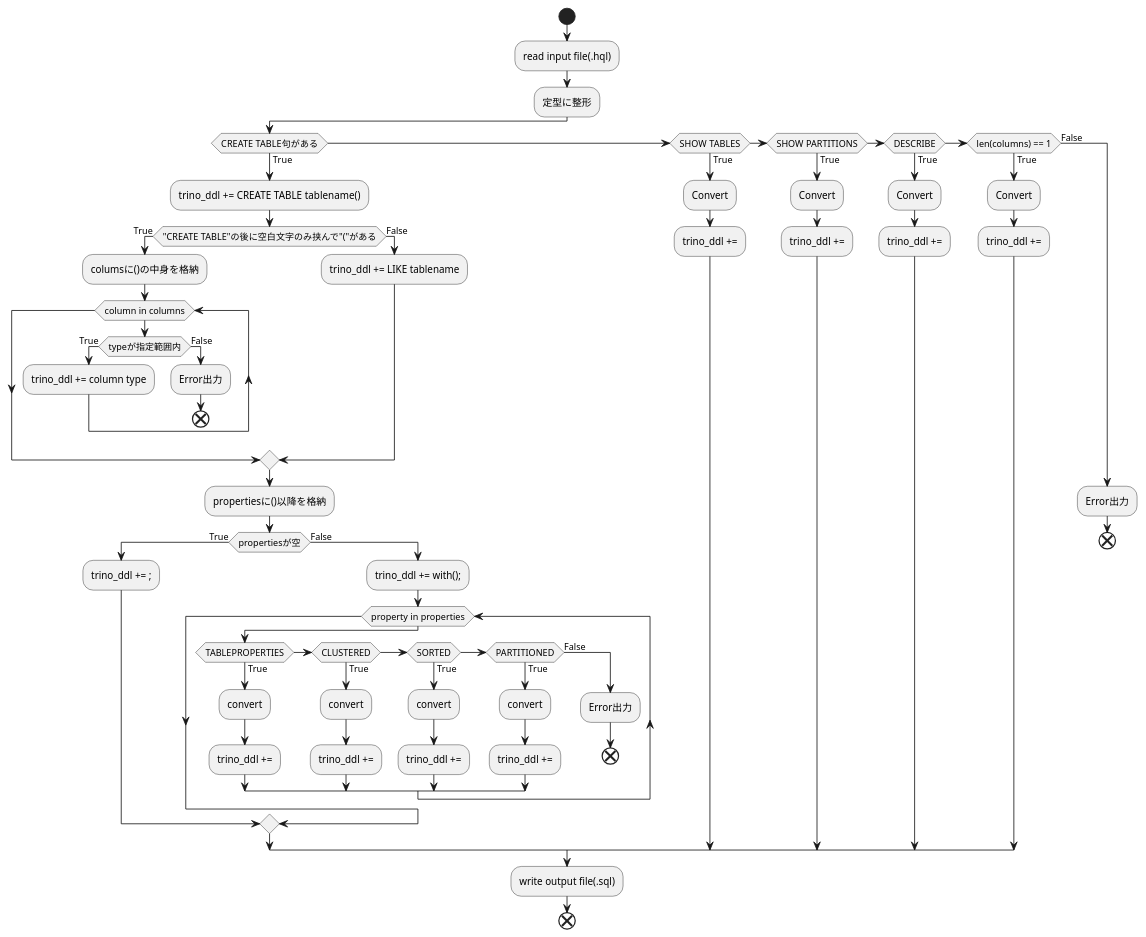
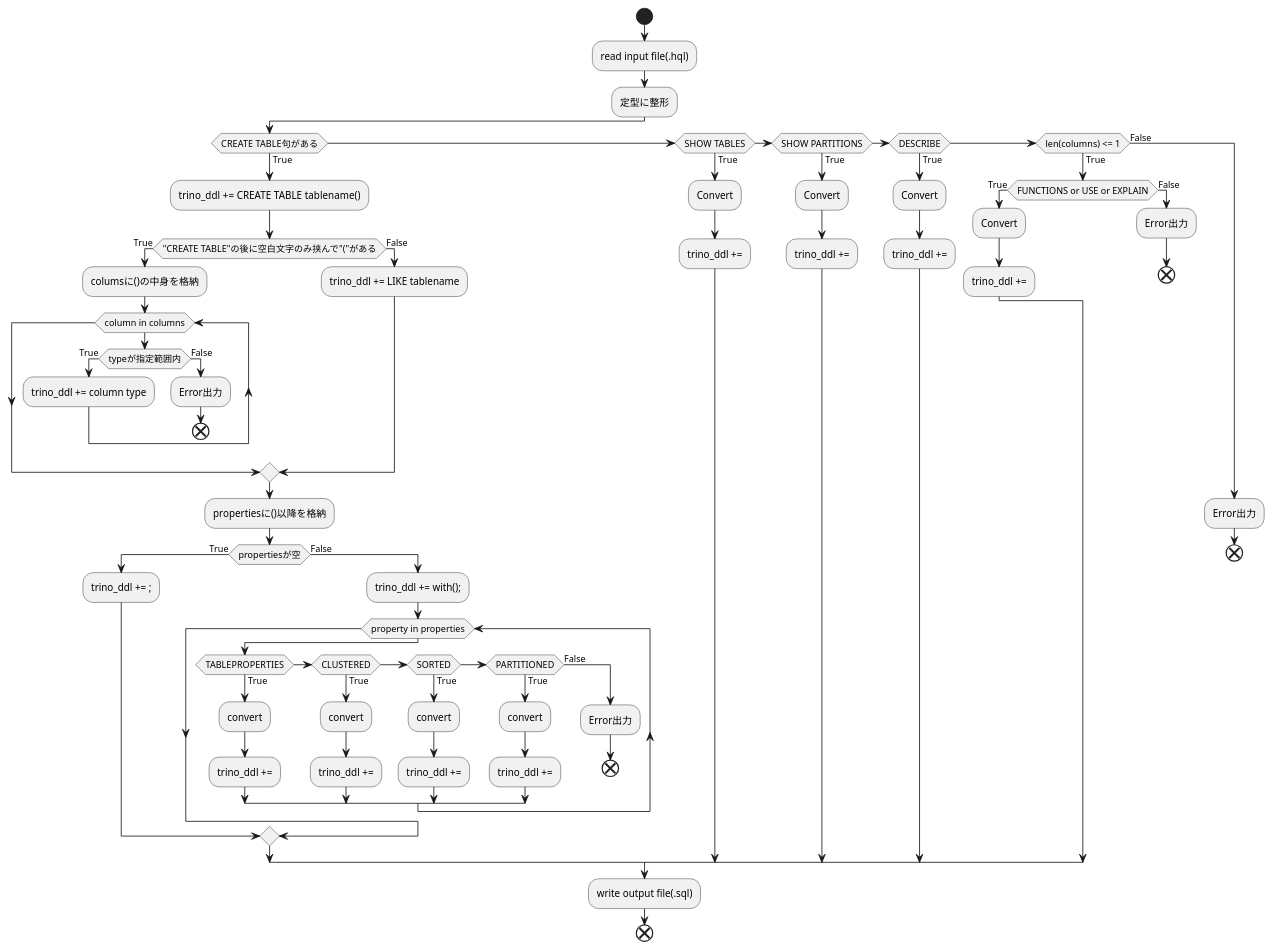
One commit to snym-yt/ConvertHiveDDLintoTrinoDDL changed the diagram in UML/converter2.puml. Above: the diagram before and after it, drawn with PlantUML. The commit also changed 1 other file, not shown here.

Commit message:
アクティビティ図更新

```diff
--- a/UML/converter2.puml
+++ b/UML/converter2.puml
@@ -1,85 +1,90 @@
 @startuml name
 start
     :read input file(.hql);
     :定型に整形;
     if (CREATE TABLE句がある) then (True)
 
         :trino_ddl += CREATE TABLE tablename();
         if ("CREATE TABLE"の後に空白文字のみ挟んで"("がある) then (True)
             :columsに()の中身を格納;
 
             while (column in columns)
 
                 if (typeが指定範囲内) then (True)
                     :trino_ddl += column type; 
                 else (False)
                     :Error出力;
                     end
                 endif  
 
             endwhile
 
         else (False)
             :trino_ddl += LIKE tablename;
         endif
 
         :propertiesに()以降を格納;
 
         if (propertiesが空) then (True)
             :trino_ddl += ;;
 
         else (False)
 
             :trino_ddl += with();;
 
             while (property in properties)
 
                 if (TABLEPROPERTIES) then (True)
                     :convert;
                     :trino_ddl +=;
                 elseif (CLUSTERED) then (True)
                     :convert;
                     :trino_ddl +=;
                 elseif (SORTED) then (True)
                     :convert;
                     :trino_ddl +=;
                 elseif (PARTITIONED) then (True)
                     :convert;
                     :trino_ddl +=;
                 else (False)
                     :Error出力;
                     end
                 endif
 
             endwhile
         endif
 
 
 
     elseif (SHOW TABLES) then (True)
         :Convert;
         :trino_ddl +=;
 
     elseif (SHOW PARTITIONS) then (True)
         :Convert;
         :trino_ddl +=;
 
     elseif (DESCRIBE) then (True)
         :Convert;
         :trino_ddl +=;
 
-    elseif (len(columns) == 1) then (True)
-        :Convert;
-        :trino_ddl +=;
+    elseif (len(columns) <= 1) then (True)
+        if (FUNCTIONS or USE or EXPLAIN) then (True)
+            :Convert;
+            :trino_ddl +=;
+        else (False)
+            :Error出力;
+        end
+        endif
 
     else (False)
         :Error出力;
         end
 
     endif
 
     :write output file(.sql);
 
 
 end
 @enduml
```
